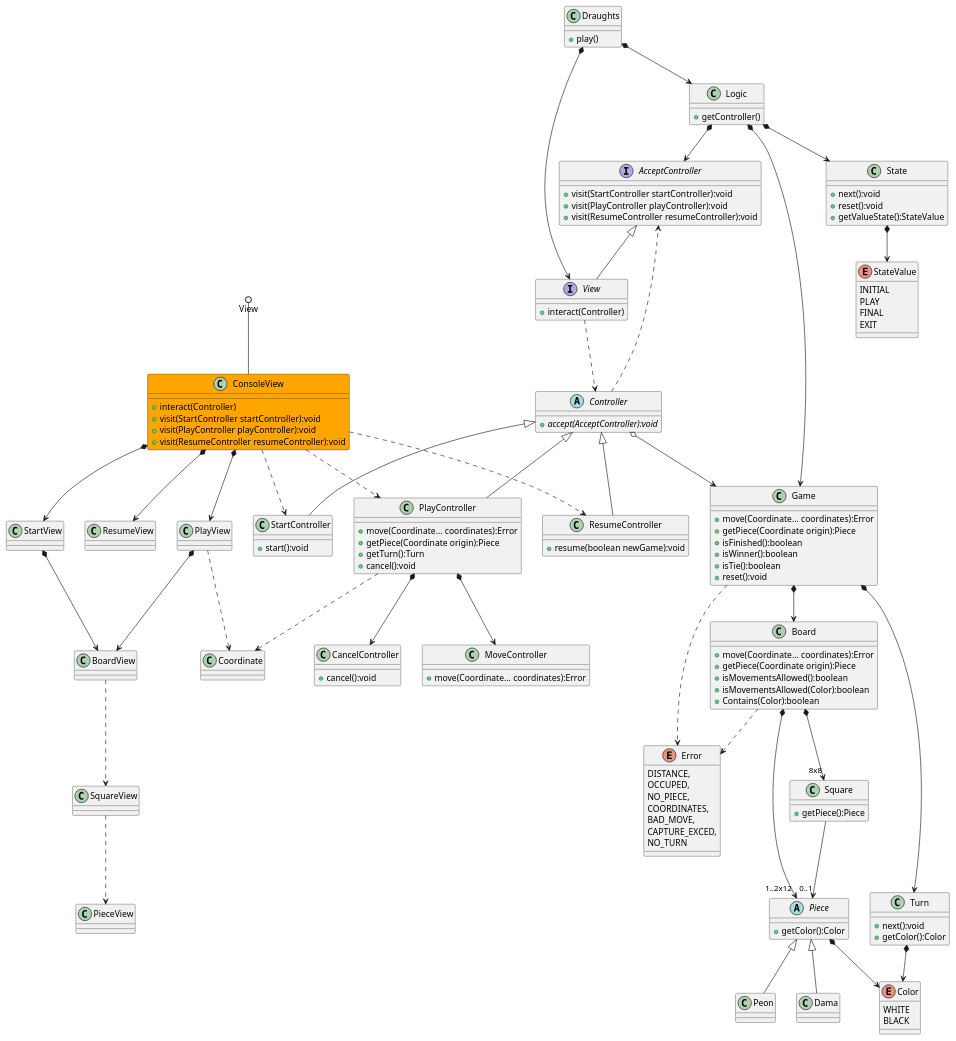
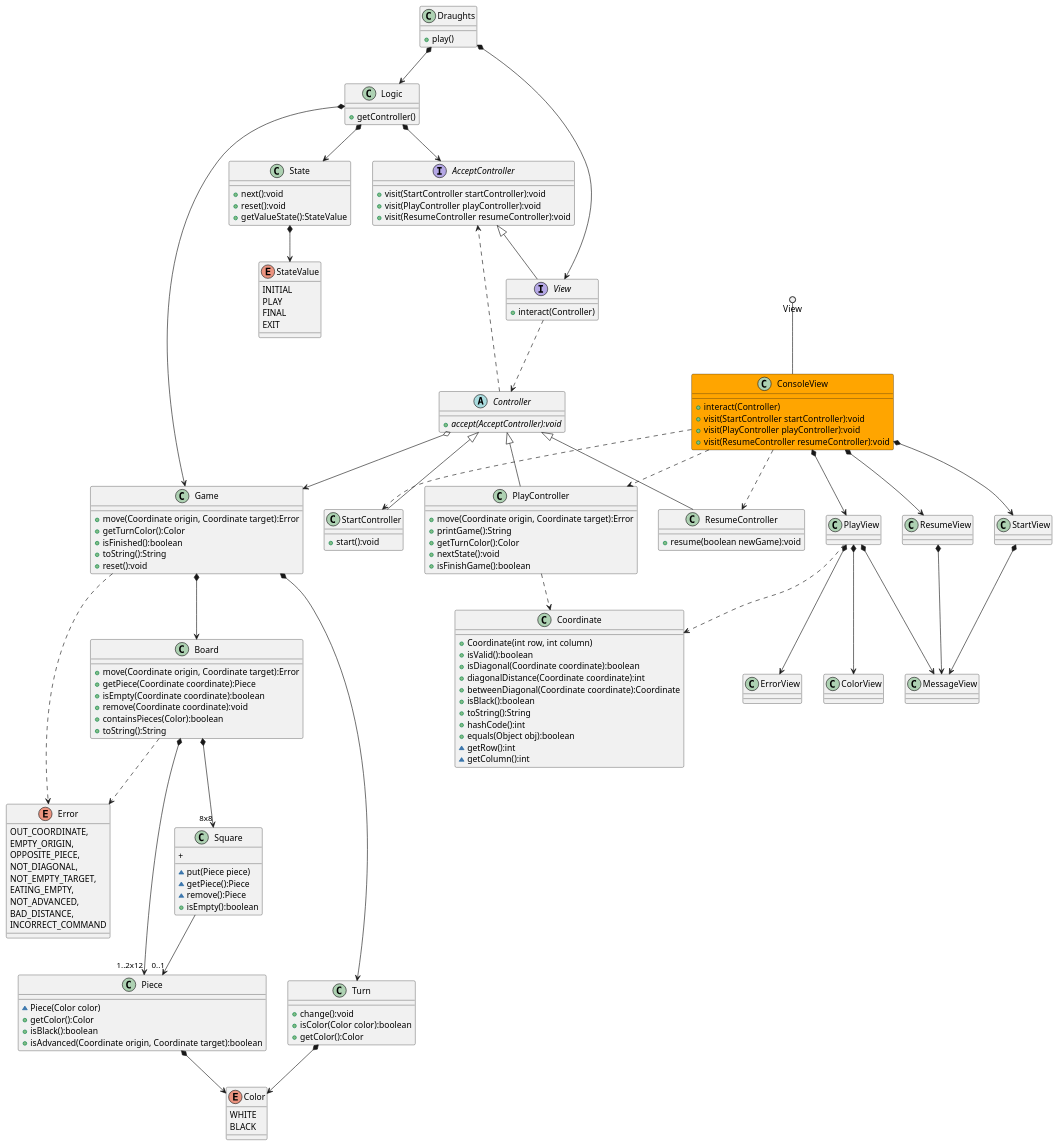
One commit to nkoutsourais/4954-PruebasSoftware-Practica6 changed the diagram in README.md. Above: the diagram before and after it, drawn with PlantUML. The commit also changed other lines of this file and 16 other files, not shown here.

Commit message:
Diagrama

```diff
--- a/README.md
+++ b/README.md
@@ -40,21 +40,21 @@
 
 class StartView {
 }
+StartView *-down-> MessageView
 
 class PlayView {
 }
+PlayView *-down-> ColorView
+PlayView *-down-> ErrorView
+PlayView *-down-> MessageView
 
 class ResumeView {
 }
+ResumeView *-down-> MessageView
 
 ConsoleView *-down-> StartView
 ConsoleView *-down-> PlayView
 ConsoleView *-down-> ResumeView
-
-StartView *-down-> BoardView
-PlayView *-down-> BoardView
-BoardView ..> SquareView
-SquareView ..> PieceView
 
 View ..> Controller
 AcceptController <|-down- View
@@ -87,41 +87,40 @@
  + start():void
 }
 
-class MoveController{
-  + move(Coordinate... coordinates):Error 
-}
-
-class CancelController{
-  + cancel():void
-}
-
 class ResumeController{
  + resume(boolean newGame):void
 }
 
 class PlayController{
-  + move(Coordinate... coordinates):Error
-  + getPiece(Coordinate origin):Piece
-  + getTurn():Turn
-  + cancel():void
+  + move(Coordinate origin, Coordinate target):Error
+  + printGame():String
+  + getTurnColor():Color
+  + nextState():void
+  + isFinishGame():boolean
 }
 PlayController ..> Coordinate
 
 PlayView ..> Coordinate
 
 class Coordinate{
+  + Coordinate(int row, int column)
+  + isValid():boolean
+  + isDiagonal(Coordinate coordinate):boolean
+  + diagonalDistance(Coordinate coordinate):int
+  + betweenDiagonal(Coordinate coordinate):Coordinate
+  + isBlack():boolean 
+  + toString():String
+  + hashCode():int
+  + equals(Object obj):boolean
+  ~ getRow():int
+  ~ getColumn():int
 }
 
-PlayController *-down-> CancelController
-PlayController *-down-> MoveController
-
-
 class Game{
-  + move(Coordinate... coordinates):Error
-  + getPiece(Coordinate origin):Piece
+  + move(Coordinate origin, Coordinate target):Error
+  + getTurnColor():Color
   + isFinished():boolean
-  + isWinner():boolean
-  + isTie():boolean
+  + toString():String
   + reset():void
 }
 Game *-down-> Board
@@ -129,33 +128,33 @@
 Game ..> Error
 
 class Board{
-  + move(Coordinate... coordinates):Error
-  + getPiece(Coordinate origin):Piece
-  + isMovementsAllowed():boolean
-  + isMovementsAllowed(Color):boolean 
-  + Contains(Color):boolean
+  + move(Coordinate origin, Coordinate target):Error
+  + getPiece(Coordinate coordinate):Piece
+  + isEmpty(Coordinate coordinate):boolean
+  + remove(Coordinate coordinate):void
+  + containsPieces(Color):boolean
+  + toString():String
 }
 Board *-down-> "8x8" Square
 Board *-down-> "1..2x12" Piece
 Board ..> Error
 
 class Square{
-  + getPiece():Piece
+  ~ put(Piece piece)
+  ~ getPiece():Piece
+  ~ remove():Piece
+  + isEmpty():boolean
+  + 
 }
 Square  --> "0..1" Piece
 
-abstract class Piece{
+class Piece{
+  ~ Piece(Color color)
   + getColor():Color 
+  + isBlack():boolean
+  + isAdvanced(Coordinate origin, Coordinate target):boolean
 }
-Piece <|-down- Peon
-Piece <|-down- Dama
 Piece *--> Color 
-
-class Peon{
-}
-
-class Dama{
-}
 
 enum Color{
     WHITE
@@ -163,7 +162,8 @@
 }
 
 class Turn{
-  + next():void
+  + change():void
+  + isColor(Color color):boolean
   + getColor():Color 
 }
 Turn *--> Color
@@ -183,13 +183,15 @@
 }
 
 enum Error{
-  DISTANCE, 
-	OCCUPED, 
-	NO_PIECE, 
-	COORDINATES, 
-	BAD_MOVE, 
-	CAPTURE_EXCED, 
-	NO_TURN
+  OUT_COORDINATE, 
+  EMPTY_ORIGIN, 
+  OPPOSITE_PIECE, 
+  NOT_DIAGONAL,
+  NOT_EMPTY_TARGET, 
+  EATING_EMPTY,
+  NOT_ADVANCED,
+  BAD_DISTANCE, 
+  INCORRECT_COMMAND
 }
 
 @enduml
```
